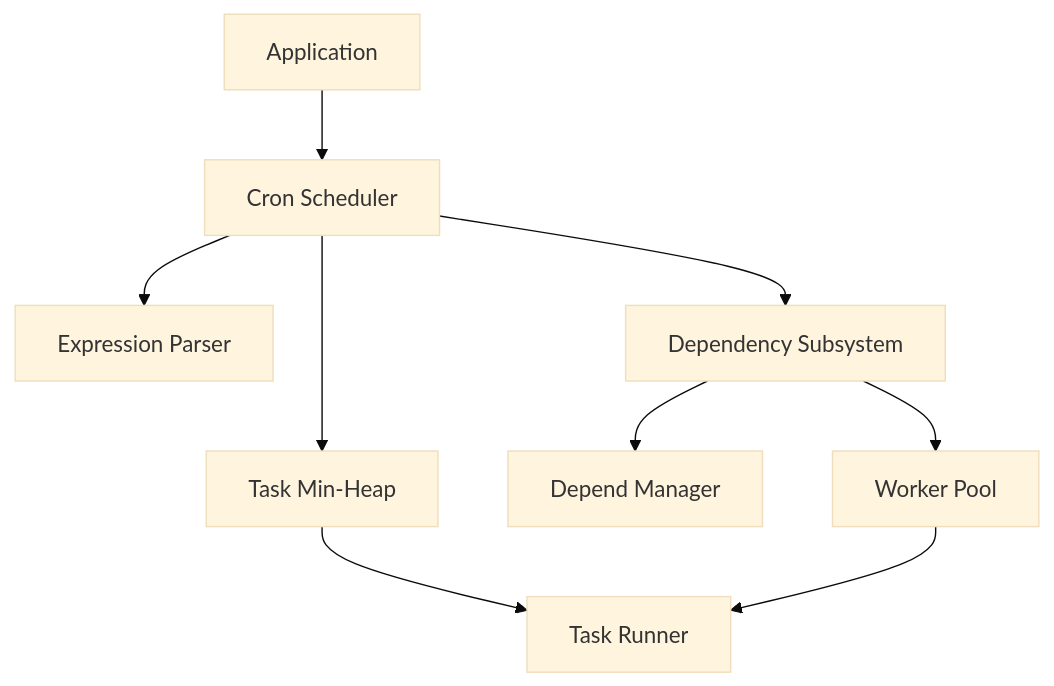
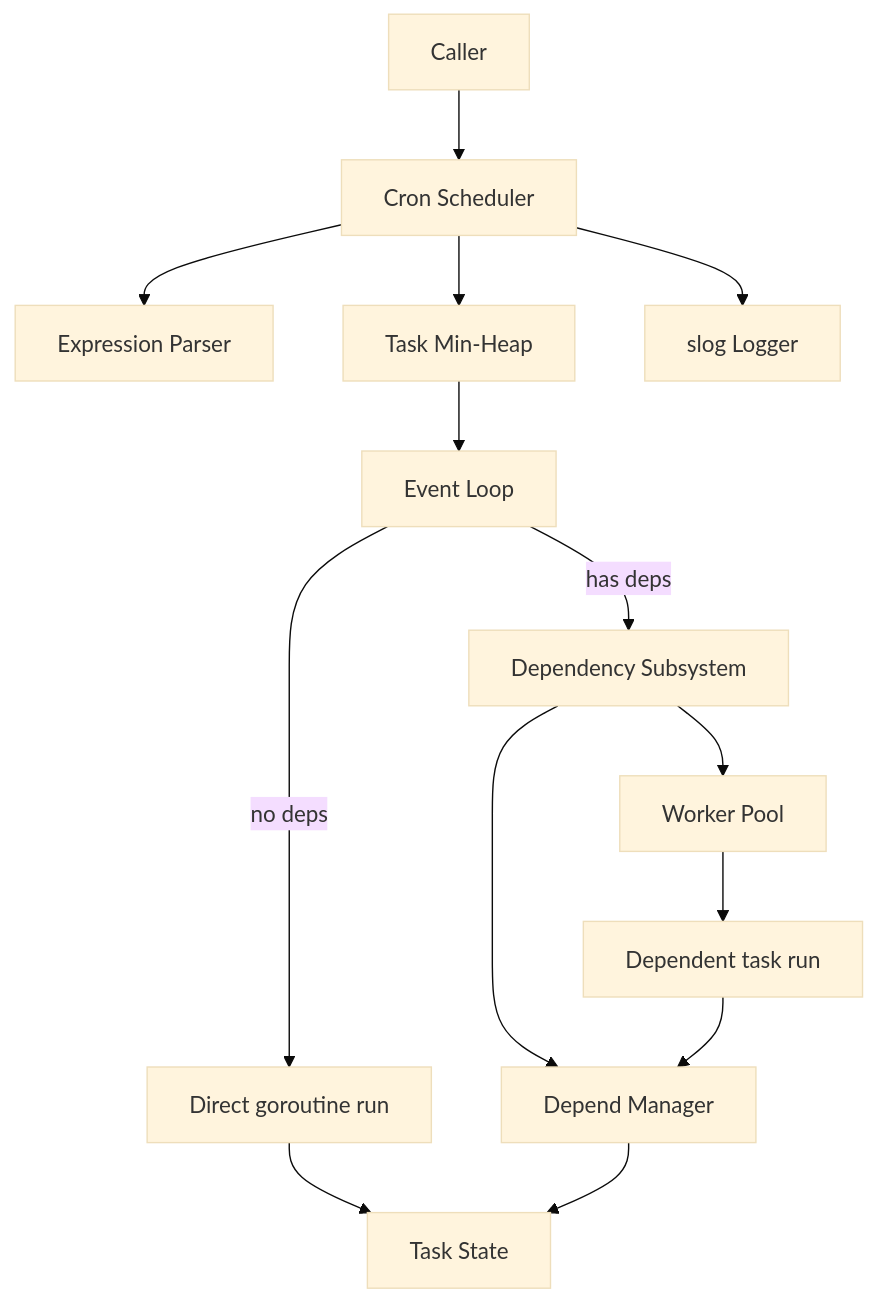
One commit to pardnchiu/go-scheduler changed the first of 7 diagrams in doc/architecture.md. Above: the diagram before and after it, drawn with Mermaid (base theme). The commit also changed other lines of this file and 6 other files, not shown here.

````diff
--- a/doc/architecture.md
+++ b/doc/architecture.md
@@ -7,11 +7,16 @@
 ```mermaid
 graph TB
-    App[Application] --> Cron[Cron Scheduler]
+    App[Caller] --> Cron[Cron Scheduler]
     Cron --> Parser[Expression Parser]
     Cron --> Heap[Task Min-Heap]
-    Cron --> Depend[Dependency Subsystem]
+    Cron --> Logger[slog Logger]
+    Heap --> Loop[Event Loop]
+    Loop -->|no deps| Runner[Direct goroutine run]
+    Loop -->|has deps| Depend[Dependency Subsystem]
     Depend --> Manager[Depend Manager]
     Depend --> Workers[Worker Pool]
-    Heap --> Runner[Task Runner]
-    Workers --> Runner
+    Workers --> DepRunner[Dependent task run]
+    Runner --> State[Task State]
+    DepRunner --> Manager
+    Manager --> State
 ```
````
